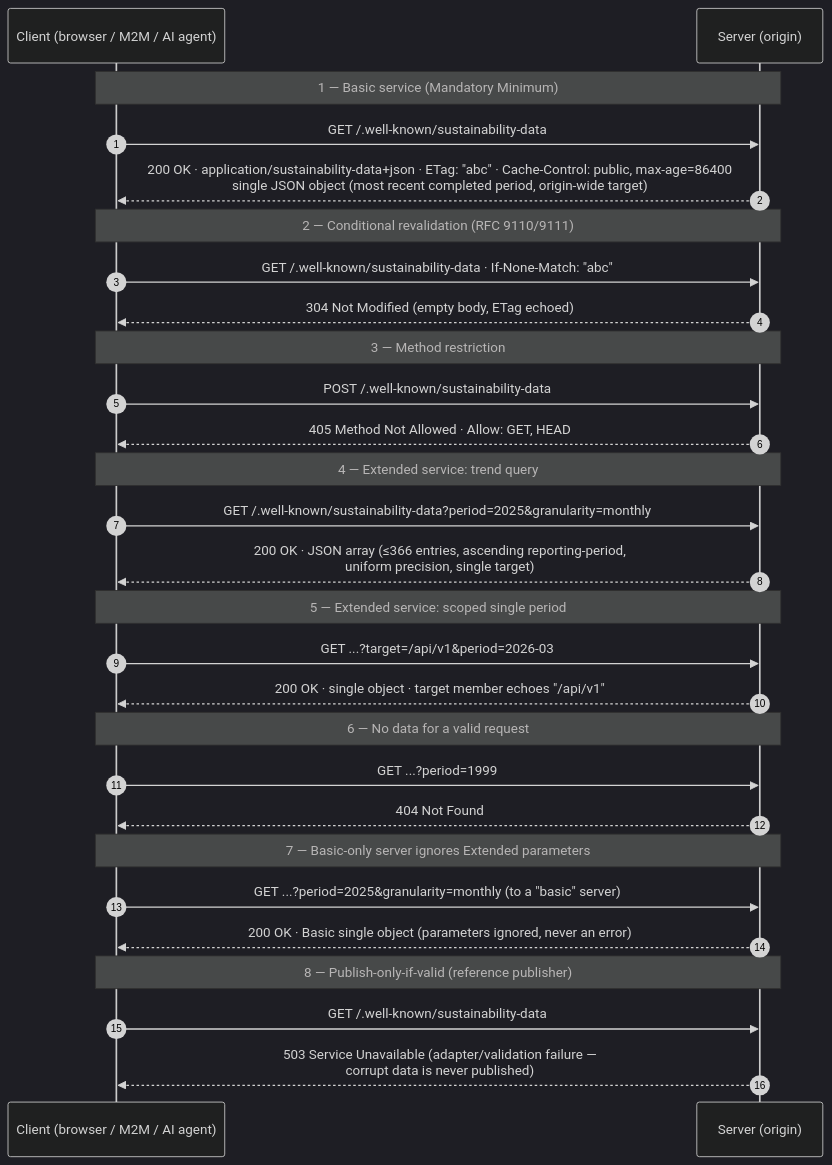
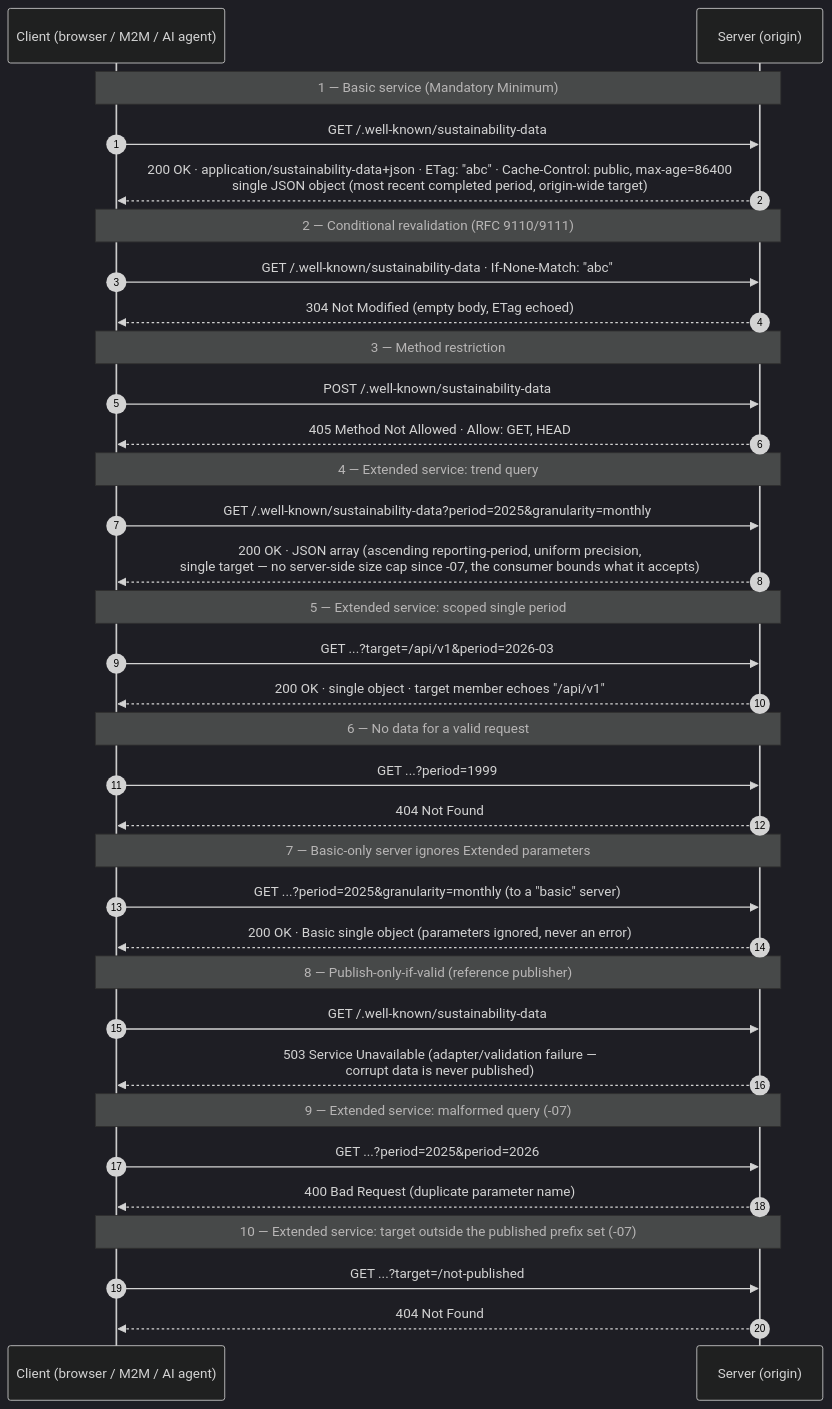
One commit to andreibesleaga/rfc-sustainability-wellknown changed the third of 10 diagrams in architecture/README.md. Above: the diagram before and after it, drawn with Mermaid (dark theme). The commit also changed other lines of this file and 209 other files, not shown here.

````diff
--- a/architecture/README.md
+++ b/architecture/README.md
@@ -255,38 +291,46 @@
 ```mermaid
 sequenceDiagram
     autonumber
     participant C as Client (browser / M2M / AI agent)
     participant S as Server (origin)
 
     Note over C,S: 1 — Basic service (Mandatory Minimum)
     C->>S: GET /.well-known/sustainability-data
     S-->>C: 200 OK · application/sustainability-data+json · ETag: "abc" · Cache-Control: public, max-age=86400<br/>single JSON object (most recent completed period, origin-wide target)
 
     Note over C,S: 2 — Conditional revalidation (RFC 9110/9111)
     C->>S: GET /.well-known/sustainability-data · If-None-Match: "abc"
     S-->>C: 304 Not Modified (empty body, ETag echoed)
 
     Note over C,S: 3 — Method restriction
     C->>S: POST /.well-known/sustainability-data
     S-->>C: 405 Method Not Allowed · Allow: GET, HEAD
 
     Note over C,S: 4 — Extended service: trend query
     C->>S: GET /.well-known/sustainability-data?period=2025&granularity=monthly
-    S-->>C: 200 OK · JSON array (≤366 entries, ascending reporting-period,<br/>uniform precision, single target)
+    S-->>C: 200 OK · JSON array (ascending reporting-period, uniform precision,<br/>single target — no server-side size cap since -07, the consumer bounds what it accepts)
 
     Note over C,S: 5 — Extended service: scoped single period
     C->>S: GET ...?target=/api/v1&period=2026-03
     S-->>C: 200 OK · single object · target member echoes "/api/v1"
 
     Note over C,S: 6 — No data for a valid request
     C->>S: GET ...?period=1999
     S-->>C: 404 Not Found
 
     Note over C,S: 7 — Basic-only server ignores Extended parameters
     C->>S: GET ...?period=2025&granularity=monthly (to a "basic" server)
     S-->>C: 200 OK · Basic single object (parameters ignored, never an error)
 
     Note over C,S: 8 — Publish-only-if-valid (reference publisher)
     C->>S: GET /.well-known/sustainability-data
     S-->>C: 503 Service Unavailable (adapter/validation failure —<br/>corrupt data is never published)
+
+    Note over C,S: 9 — Extended service: malformed query (-07)
+    C->>S: GET ...?period=2025&period=2026
+    S-->>C: 400 Bad Request (duplicate parameter name)
+
+    Note over C,S: 10 — Extended service: target outside the published prefix set (-07)
+    C->>S: GET ...?target=/not-published
+    S-->>C: 404 Not Found
 ```
````
